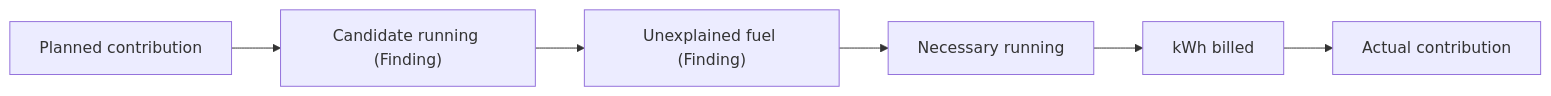
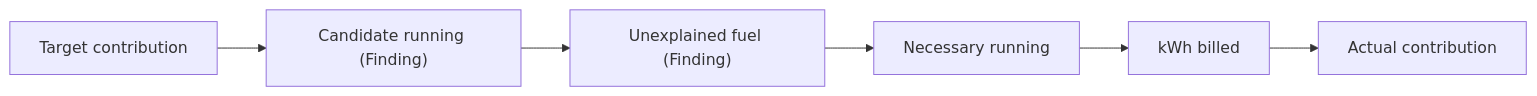
Before and after one commit to bineyame/AssetOpsV1: the third of 11 diagrams in Docs/demo-sprint/product-direction-layer4/layer4-transformation-design.md, drawn with Mermaid. The commit also changed other lines of this file and 2 other files, not shown here.

````diff
--- a/Docs/demo-sprint/product-direction-layer4/layer4-transformation-design.md
+++ b/Docs/demo-sprint/product-direction-layer4/layer4-transformation-design.md
@@ -279,4 +288,4 @@
 ```mermaid
 flowchart LR
-  P["Planned contribution"] --> A["Candidate running (Finding)"] --> B["Unexplained fuel (Finding)"] --> N["Necessary running"] --> K["kWh billed"] --> X["Actual contribution"]
+  P["Target contribution"] --> A["Candidate running (Finding)"] --> B["Unexplained fuel (Finding)"] --> N["Necessary running"] --> K["kWh billed"] --> X["Actual contribution"]
 ```
````
